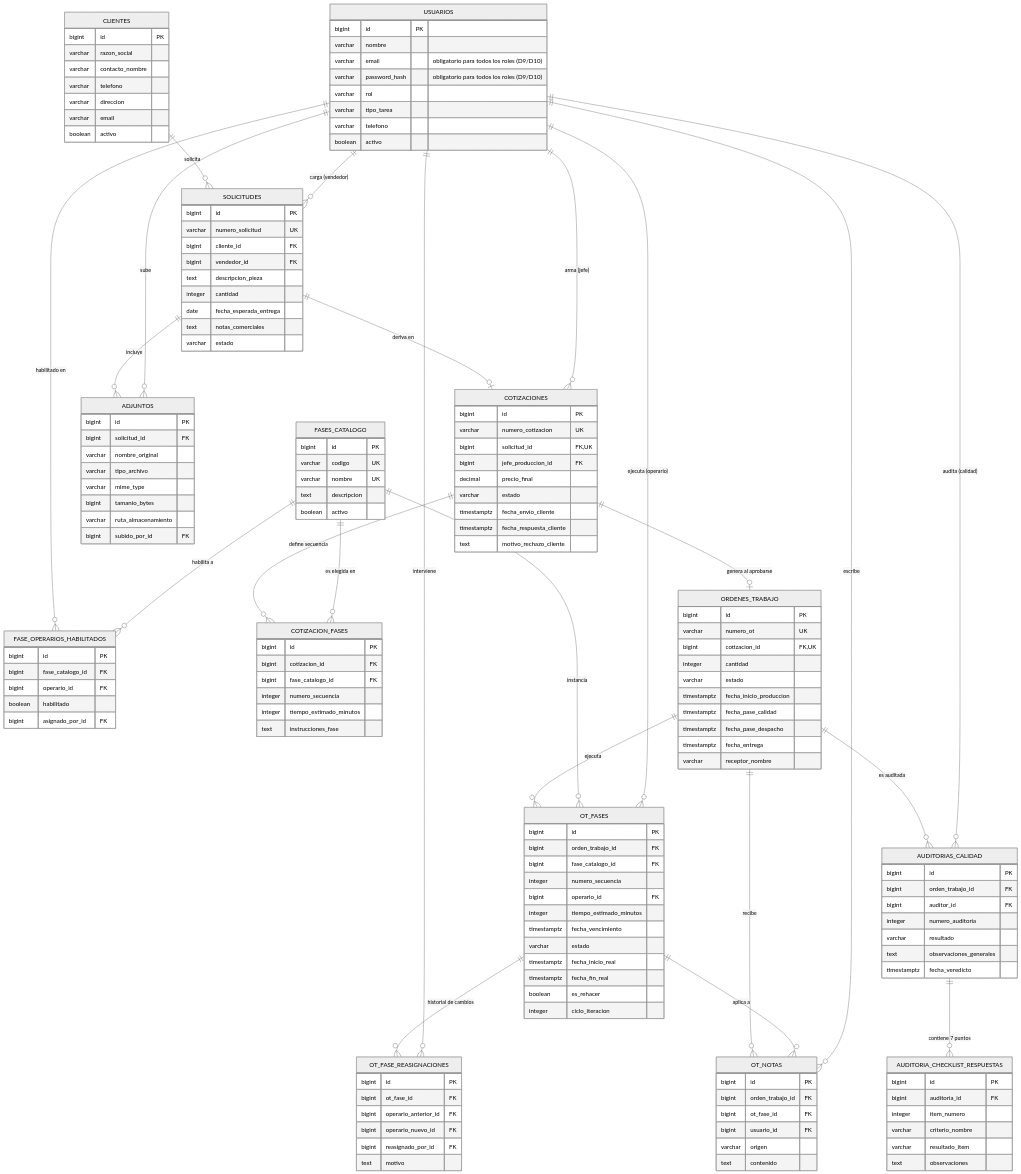
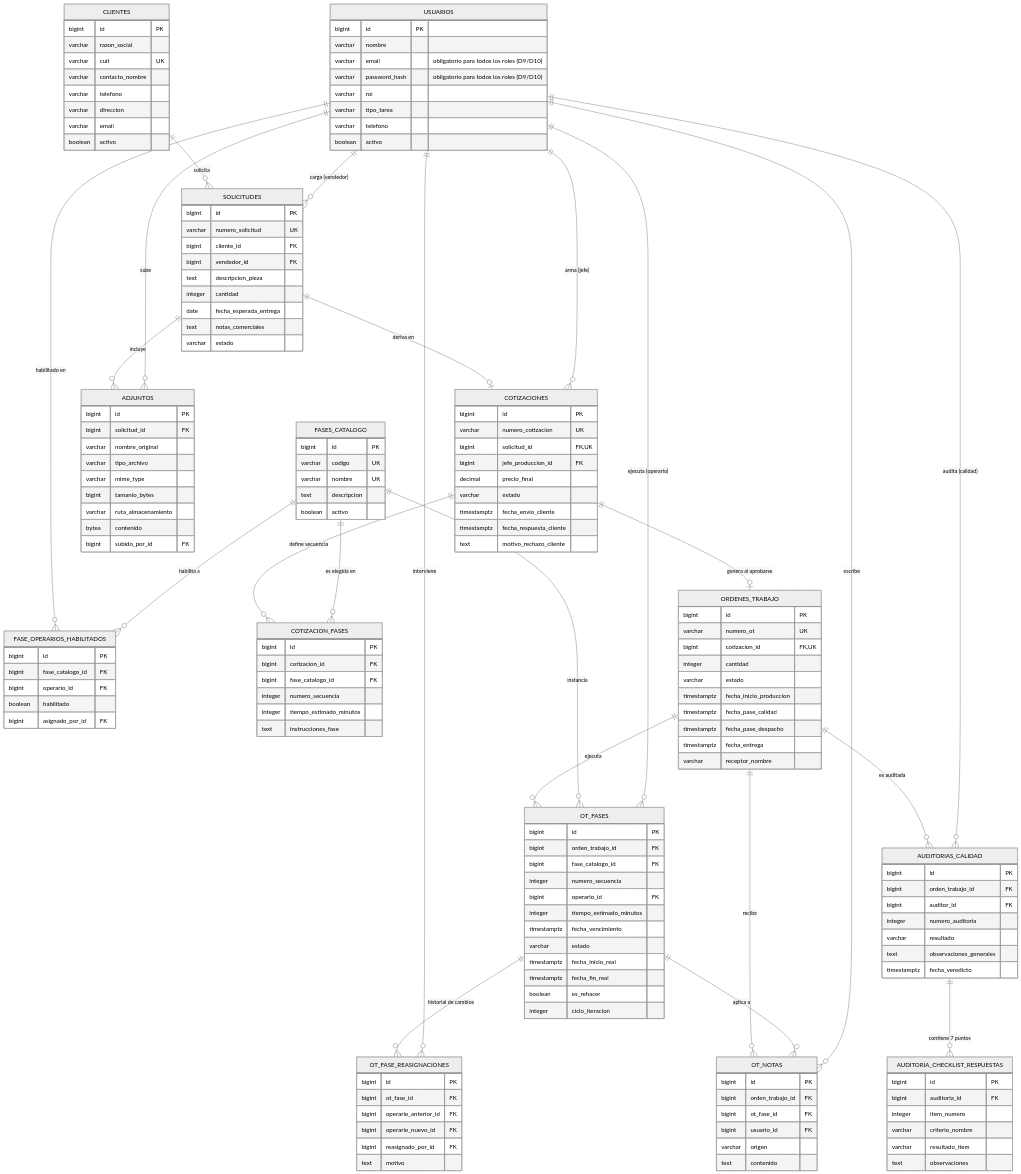
One commit to No-Country-simulation/S08-26-equipo04 changed the diagram in docs/datos/QualityTrack-Esquema-Base-Datos-v2.md. Above: the diagram before and after it, drawn with Mermaid (neutral theme). The commit also changed other lines of this file and 4 other files, not shown here.

```diff
--- a/docs/datos/QualityTrack-Esquema-Base-Datos-v2.md
+++ b/docs/datos/QualityTrack-Esquema-Base-Datos-v2.md
@@ -93,6 +93,7 @@
     CLIENTES {
         bigint id PK
         varchar razon_social
+        varchar cuit UK
         varchar contacto_nombre
         varchar telefono
         varchar direccion
@@ -132,6 +133,7 @@
         varchar mime_type
         bigint tamanio_bytes
         varchar ruta_almacenamiento
+        bytea contenido
         bigint subido_por_id FK
     }
     COTIZACIONES {
```
